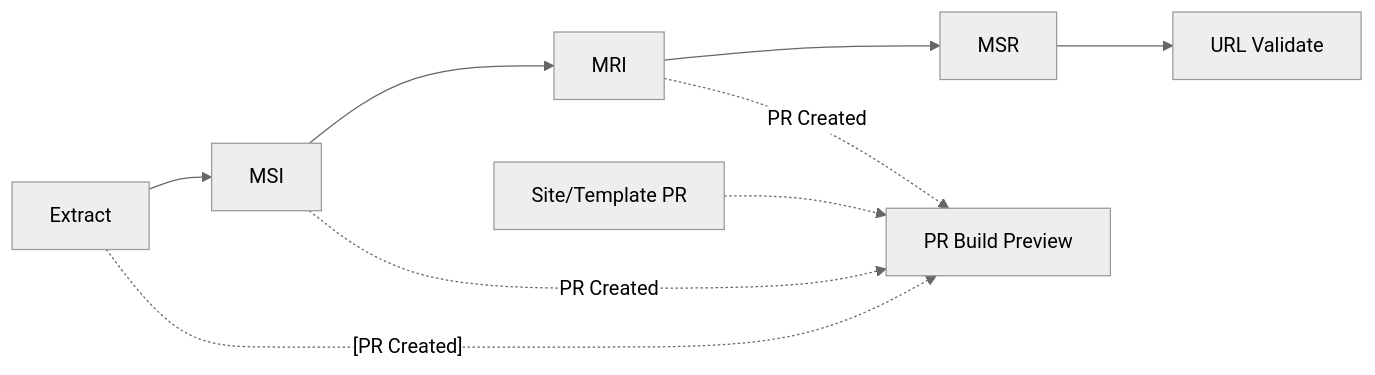
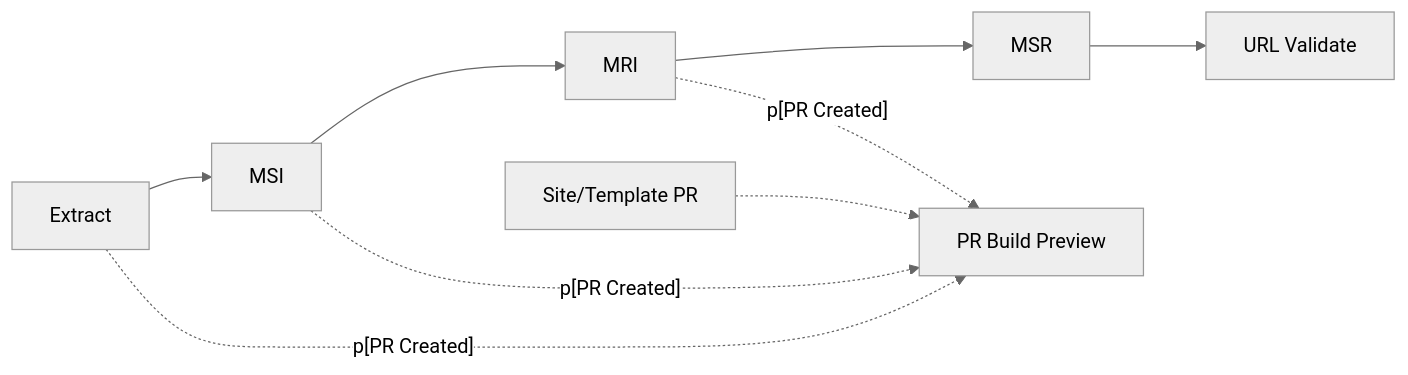
The diagram in README.md (SteveLLamb/mediastandards-registry), drawn with Mermaid (neutral theme) before and after one commit.

Commit message:
graph names

````diff
--- a/README.md
+++ b/README.md
@@ -61,13 +61,13 @@
 ```mermaid
 graph LR
   A[Extract] --> B[MSI]
   B --> C[MRI]
   C --> D[MSR]
   D --> E[URL Validate]
 
   %% PR preview paths (dotted lines indicate PR-triggered previews)
-  A -. [PR Created] .-> P[PR Build Preview]
-  B -. "PR Created" .-> P
-  C -. "PR Created" .-> P
+  A -. p[PR Created] .-> P[PR Build Preview]
+  B -. p[PR Created] .-> P
+  C -. p[PR Created] .-> P
   S[Site/Template PR] -.-> P
 ```
````
